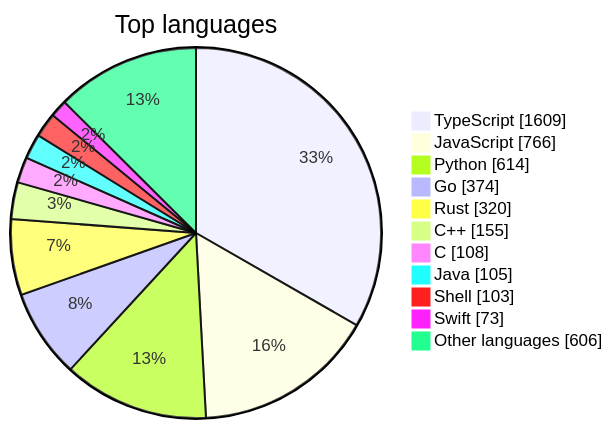
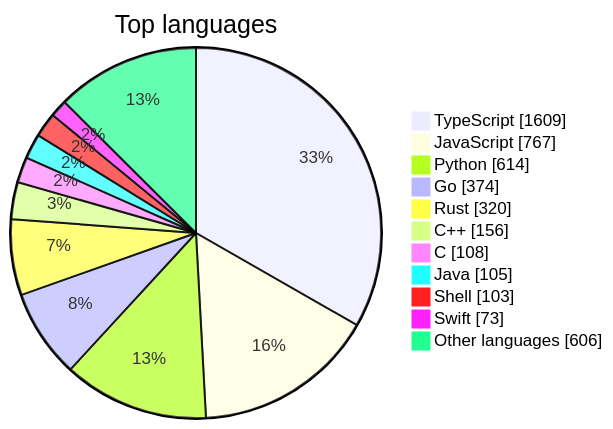
One commit to maxgfr/awesome-stars changed the first of 2 diagrams in README.md. Above: the diagram before and after it, drawn with Mermaid. The commit also changed other lines of this file and 27 other files, not shown here.

````diff
--- a/README.md
+++ b/README.md
@@ -39,14 +39,14 @@
 ```mermaid
 pie showData title Top languages
     "TypeScript" : 1609
-    "JavaScript" : 766
+    "JavaScript" : 767
     "Python" : 614
     "Go" : 374
     "Rust" : 320
-    "C++" : 155
+    "C++" : 156
     "C" : 108
     "Java" : 105
     "Shell" : 103
     "Swift" : 73
     "Other languages" : 606
 ```
````
